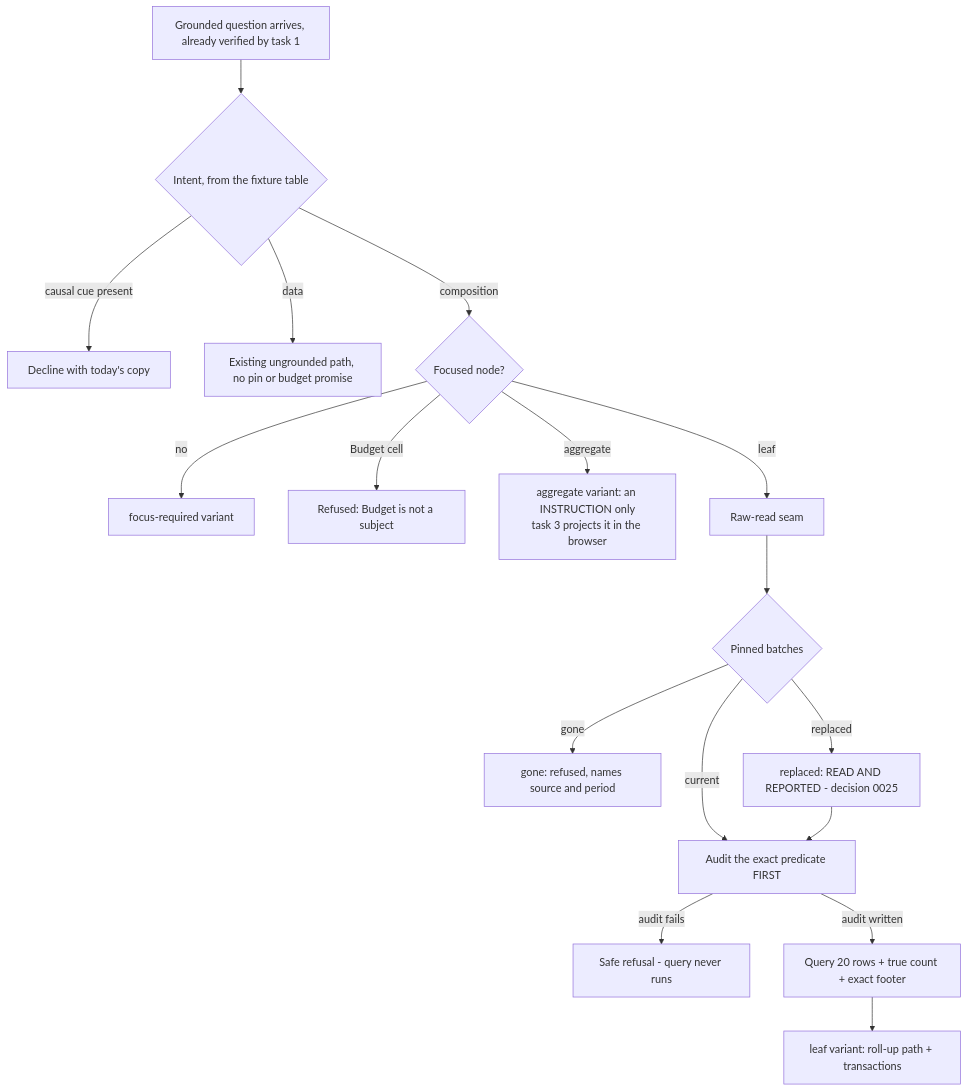
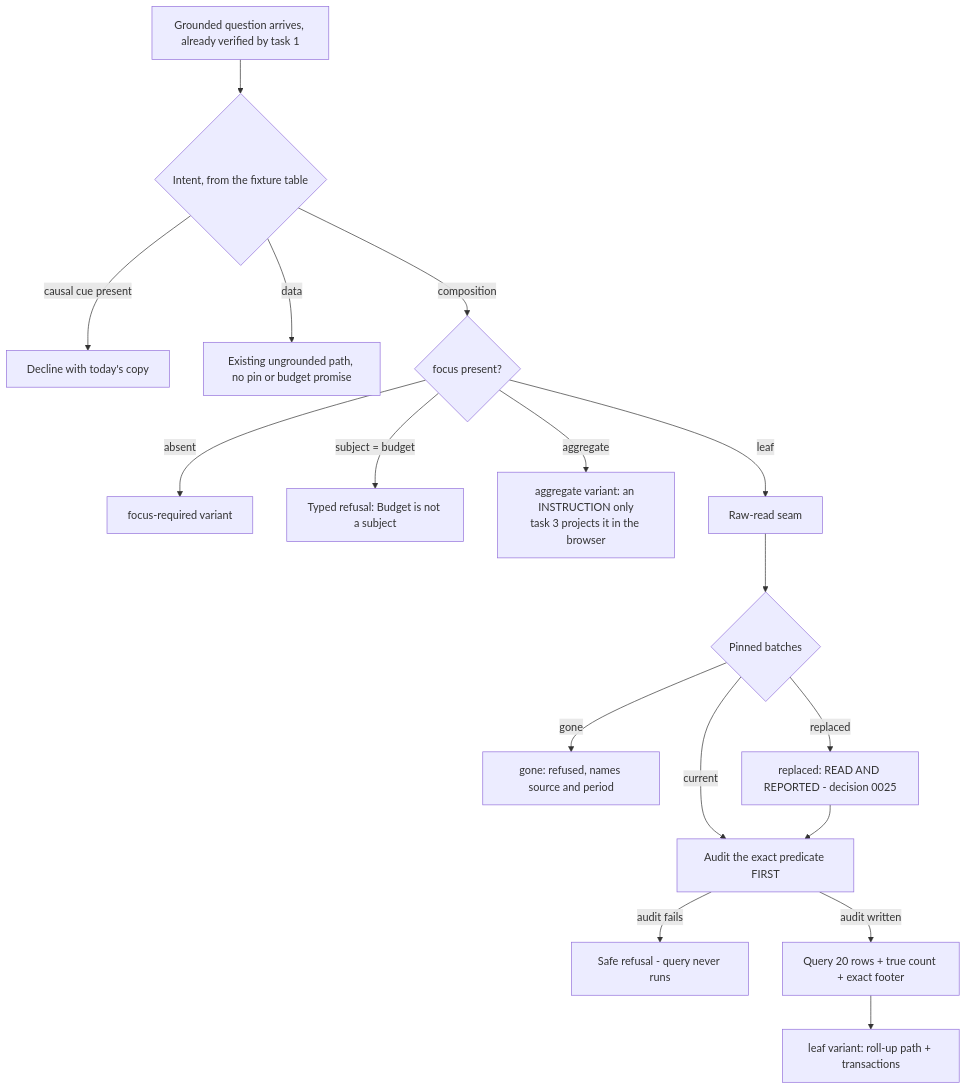
The diagram in .factory/stories/mis-assistant-explains-a-number/task-plans/explain-the-number.md (kl-rahulanand/3f-oil-palm), drawn with Mermaid before and after one commit. The commit also changed other lines of this file and 4 other files, not shown here.

````diff
--- a/.factory/stories/mis-assistant-explains-a-number/task-plans/explain-the-number.md
+++ b/.factory/stories/mis-assistant-explains-a-number/task-plans/explain-the-number.md
@@ -12,20 +12,20 @@
 ```mermaid
 flowchart TD
     Q[Grounded question arrives, already verified by task 1] --> I{Intent, from the fixture table}
     I -->|causal cue present| D[Decline with today's copy]
     I -->|data| E[Existing ungrounded path, no pin or budget promise]
-    I -->|composition| F{Focused node?}
-    F -->|no| FR[focus-required variant]
-    F -->|Budget cell| BR[Refused: Budget is not a subject]
+    I -->|composition| F{focus present?}
+    F -->|absent| FR[focus-required variant]
+    F -->|subject = budget| BR[Typed refusal: Budget is not a subject]
     F -->|aggregate| AG[aggregate variant: an INSTRUCTION only<br/>task 3 projects it in the browser]
     F -->|leaf| S[Raw-read seam]
 
     S --> P{Pinned batches}
     P -->|gone| G[gone: refused, names source and period]
     P -->|replaced| R[replaced: READ AND REPORTED - decision 0025]
     P -->|current| A[Audit the exact predicate FIRST]
     R --> A
     A -->|audit fails| AF[Safe refusal - query never runs]
     A -->|audit written| QY[Query 20 rows + true count + exact footer]
     QY --> L[leaf variant: roll-up path + transactions]
 ```
````
